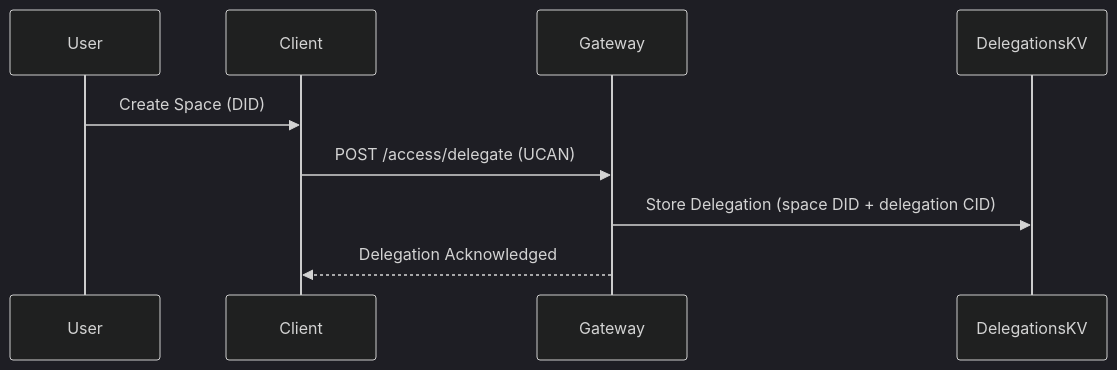
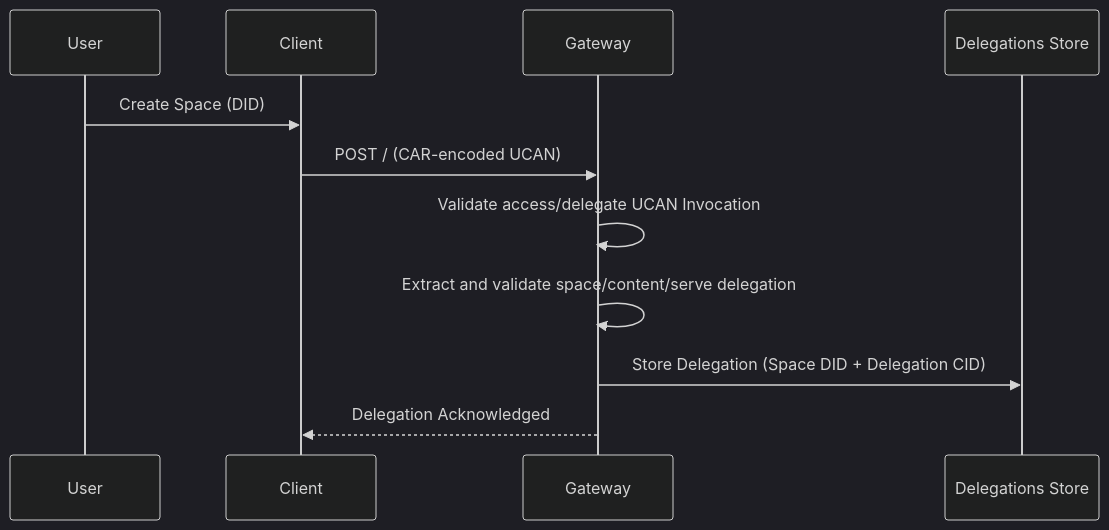
The first of 2 diagrams in content-serve-auth.md (storacha/specs), drawn with Mermaid (dark theme) before and after one commit. The commit also changed other lines of this file, not shown here.

````diff
--- a/content-serve-auth.md
+++ b/content-serve-auth.md
@@ -40,12 +25,14 @@
 ```mermaid
 sequenceDiagram
     participant User
     participant Client
     participant Gateway
-    participant DelegationsKV
+    participant Delegations Store
 
     User->>Client: Create Space (DID)
-    Client->>Gateway: POST /access/delegate (UCAN)
-    Gateway->>DelegationsKV: Store Delegation (space DID + delegation CID)
+    Client->>Gateway: POST / (CAR-encoded UCAN)
+    Gateway->>Gateway: Validate access/delegate UCAN Invocation
+    Gateway->>Gateway: Extract and validate space/content/serve delegation
+    Gateway->>Delegations Store: Store Delegation (Space DID + Delegation CID)
     Gateway-->>Client: Delegation Acknowledged
 ```
````
